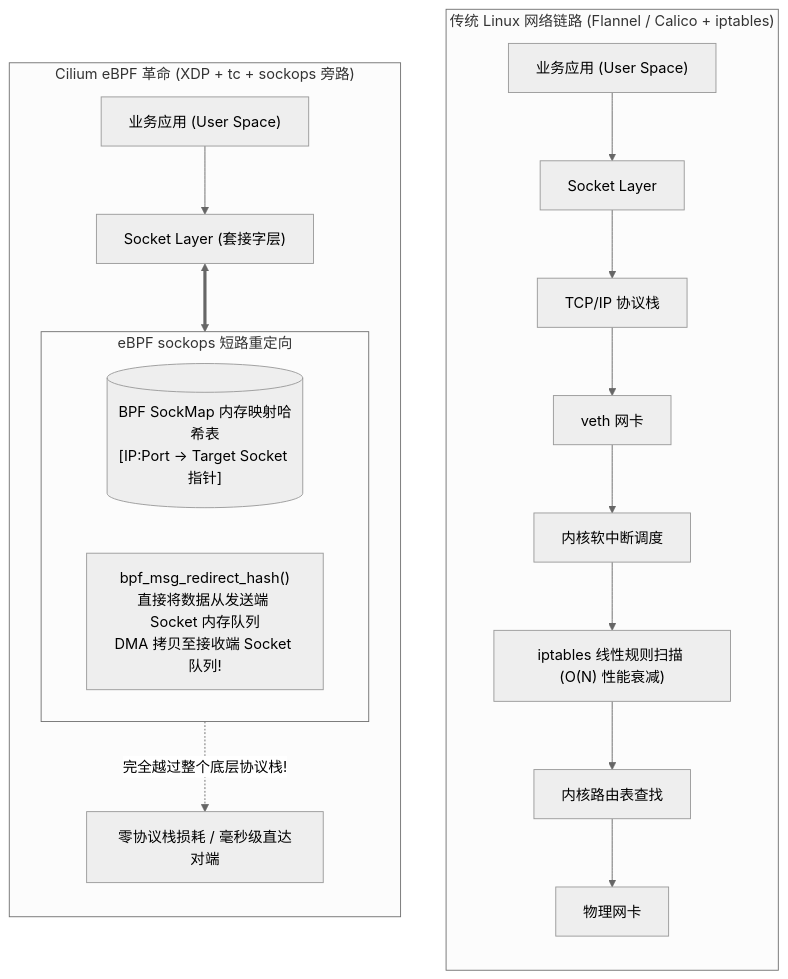
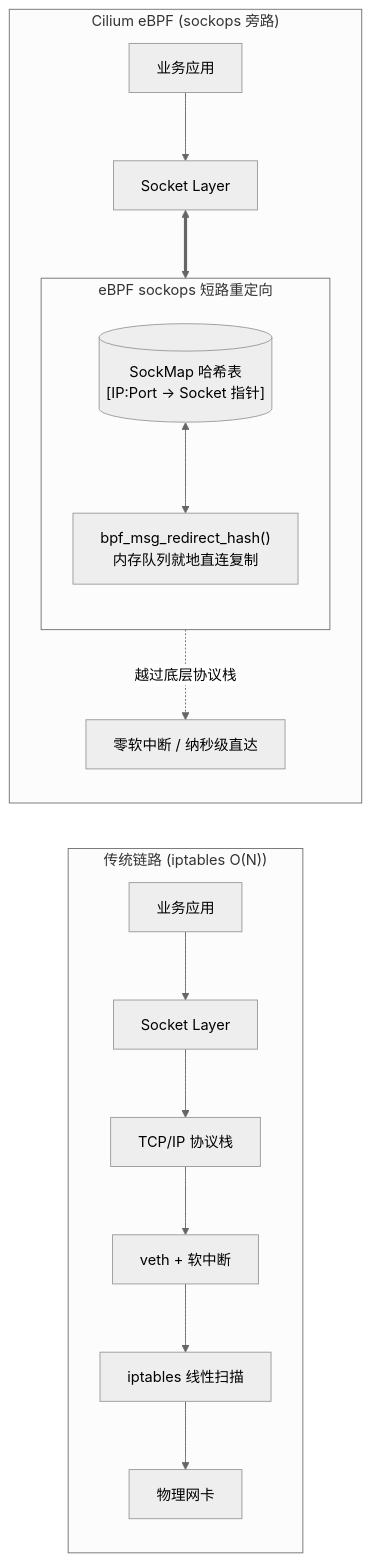
Before and after one commit to MoreConsequence/MoreConsequence.github.io: the fifth of 7 diagrams in content/posts/kubernetes-internals/k8s-06-network-cni-flannel-calico-cilium-ebpf.md, drawn with Mermaid (neutral theme). The commit also changed other lines of this file and 835 other files, not shown here.

First line of the commit message:
feat(blog): 全站33篇新增深度专栏与博文全量审核上线及矢量图表优化

````diff
--- a/content/posts/kubernetes-internals/k8s-06-network-cni-flannel-calico-cilium-ebpf.md
+++ b/content/posts/kubernetes-internals/k8s-06-network-cni-flannel-calico-cilium-ebpf.md
@@ -213,28 +209,24 @@
 ```mermaid
-flowchart TD
-    subgraph Traditional["传统 Linux 网络链路 (Flannel / Calico + iptables)"]
+flowchart LR
+    subgraph Traditional["传统链路 (iptables O(N))"]
         direction TB
-        App1["业务应用 (User Space)"] --> Socket1["Socket Layer"]
-        Socket1 --> TCP1["TCP/IP 协议栈"]
-        TCP1 --> VethA["veth 网卡"]
-        VethA --> SoftIRQ["内核软中断调度"]
-        SoftIRQ --> IPTables["iptables 线性规则扫描 (O(N) 性能衰减)"]
-        IPTables --> Route1["内核路由表查找"]
-        Route1 --> Eth1["物理网卡"]
+        App1["业务应用"] --> Sock1["Socket Layer"]
+        Sock1 --> TCP1["TCP/IP 协议栈"]
+        TCP1 --> VethA["veth + 软中断"]
+        VethA --> IPT["iptables 线性扫描"]
+        IPT --> Eth1["物理网卡"]
     end
 
-    subgraph CiliumeBPF["Cilium eBPF 革命 (XDP + tc + sockops 旁路)"]
+    subgraph CiliumeBPF["Cilium eBPF (sockops 旁路)"]
         direction TB
-        App2["业务应用 (User Space)"]
-        SockLayer["Socket Layer (套接字层)"]
-        
-        subgraph eBPFBypass["eBPF sockops 短路重定向"]
-            BPF_Map[("BPF SockMap 内存映射哈希表<br/>[IP:Port -> Target Socket 指针]")]
-            ShortCircuit["bpf_msg_redirect_hash()<br/>直接将数据从发送端 Socket 内存队列<br/>DMA 拷贝至接收端 Socket 队列!"]
+        App2["业务应用"] --> SockLayer["Socket Layer"]
+        subgraph Bypass["eBPF sockops 短路重定向"]
+            direction TB
+            BPF_Map[("SockMap 哈希表<br/>[IP:Port -> Socket 指针]")]
+            ShortCircuit["bpf_msg_redirect_hash()<br/>内存队列就地直连复制"]
+            BPF_Map <--> ShortCircuit
         end
-
-        App2 --> SockLayer
-        SockLayer <==> eBPFBypass
-        eBPFBypass -. "完全越过整个底层协议栈!" .-> Done["零协议栈损耗 / 毫秒级直达对端"]
+        SockLayer <==> Bypass
+        Bypass -. "越过底层协议栈" .-> Done["零软中断 / 纳秒级直达"]
     end
 ```
````
